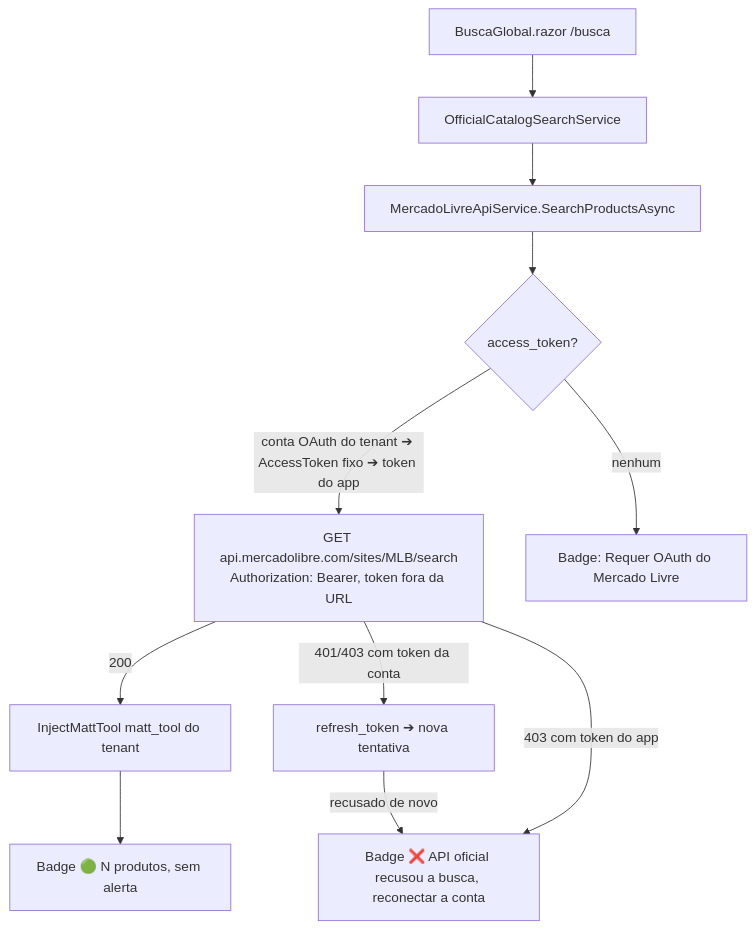
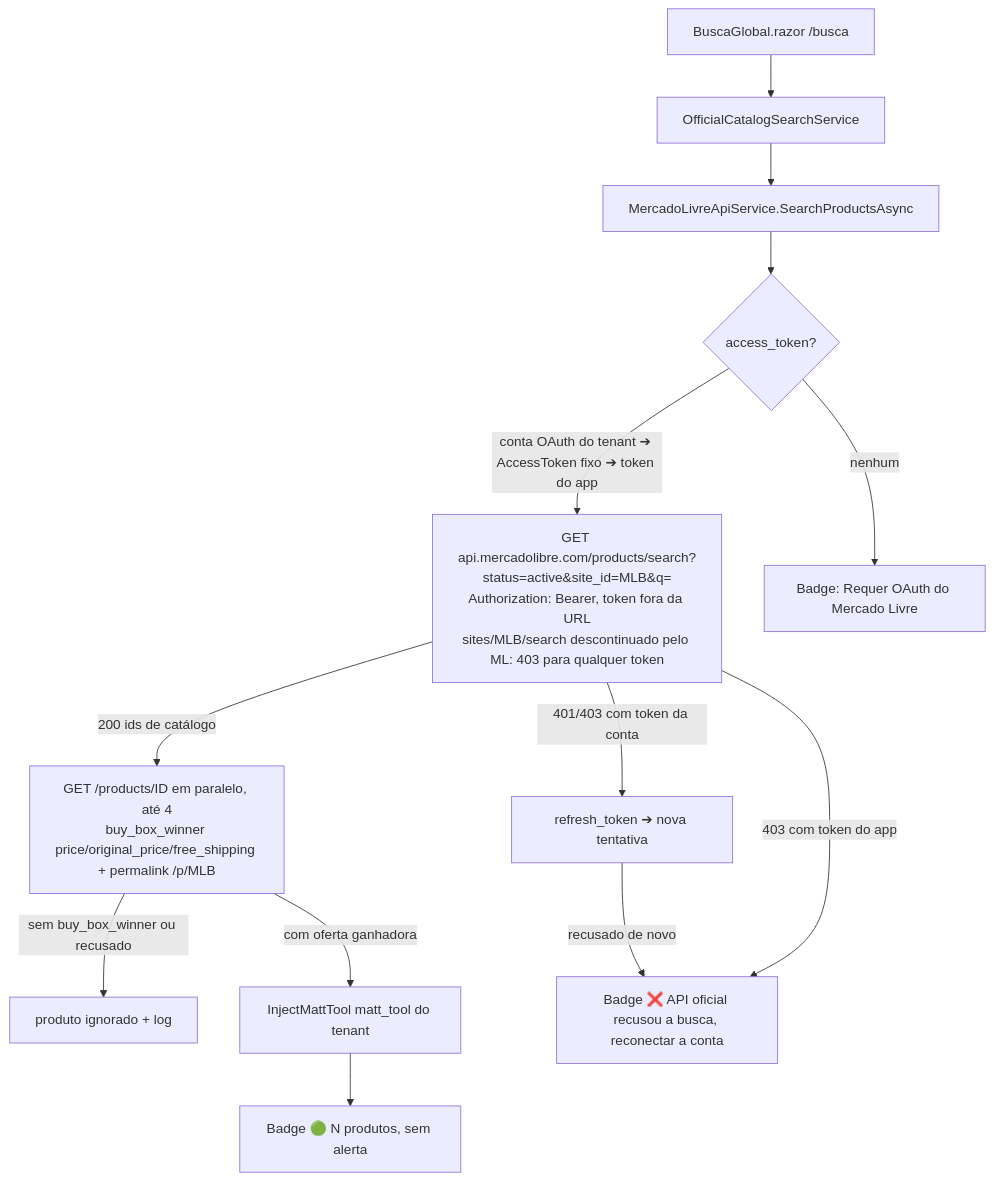
Diagram 24 of 29 in docs/DIAGRAMAS_ARQUITETURA.md (ronyaraujodeveloper/TecFlow), drawn with Mermaid before and after one commit. The commit also changed 9 other files, not shown here.

Commit message:
fix(ml): Buscar Ofertas pelo catalogo oficial products/search com preco do buy_box_winner, sites/MLB/search descontinuado pelo ML

````diff
--- a/docs/DIAGRAMAS_ARQUITETURA.md
+++ b/docs/DIAGRAMAS_ARQUITETURA.md
@@ -1636,13 +1636,15 @@
 ```mermaid
 flowchart TB
   BG[BuscaGlobal.razor /busca] --> OCS[OfficialCatalogSearchService]
   OCS --> MLS[MercadoLivreApiService.SearchProductsAsync]
   MLS --> TOKEN{access_token?}
-  TOKEN -->|conta OAuth do tenant ➔ AccessToken fixo ➔ token do app| OAUTH[GET api.mercadolibre.com/sites/MLB/search<br/>Authorization: Bearer, token fora da URL]
+  TOKEN -->|conta OAuth do tenant ➔ AccessToken fixo ➔ token do app| OAUTH[GET api.mercadolibre.com/products/search?status=active&site_id=MLB&q=<br/>Authorization: Bearer, token fora da URL<br/>sites/MLB/search descontinuado pelo ML: 403 para qualquer token]
   TOKEN -->|nenhum| CRED[Badge: Requer OAuth do Mercado Livre]
-  OAUTH -->|200| MATT[InjectMattTool matt_tool do tenant]
+  OAUTH -->|200 ids de catálogo| PROD[GET /products/ID em paralelo, até 4<br/>buy_box_winner price/original_price/free_shipping + permalink /p/MLB]
+  PROD -->|sem buy_box_winner ou recusado| SKIP[produto ignorado + log]
+  PROD -->|com oferta ganhadora| MATT[InjectMattTool matt_tool do tenant]
   MATT --> OK[Badge 🟢 N produtos, sem alerta]
   OAUTH -->|401/403 com token da conta| REFRESH[refresh_token ➔ nova tentativa]
   REFRESH -->|recusado de novo| DENY[Badge ❌ API oficial recusou a busca, reconectar a conta]
   OAUTH -->|403 com token do app| DENY
 ```
````
